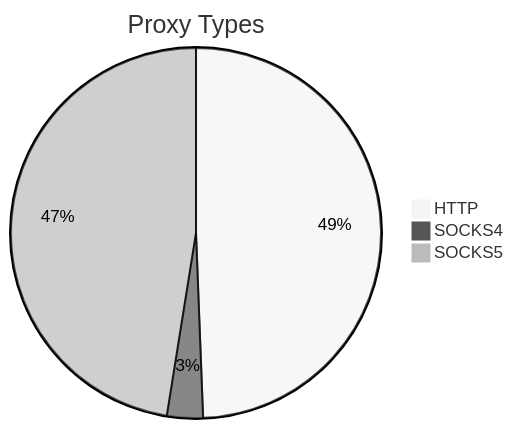
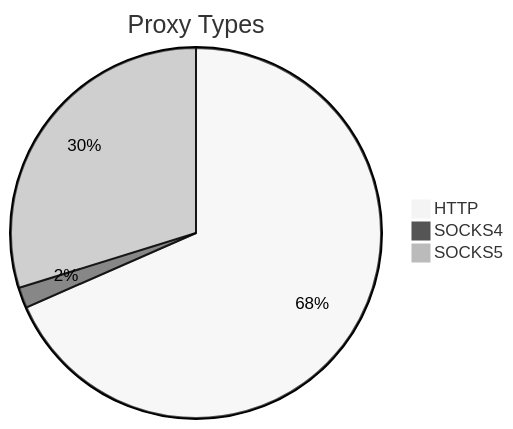
The first of 2 diagrams in README.md (stormsia/proxy-list), drawn with Mermaid (neutral theme) before and after one commit. The commit also changed other lines of this file, not shown here.

````diff
--- a/README.md
+++ b/README.md
@@ -21,6 +21,6 @@
 ```mermaid
 pie title Proxy Types
-    "HTTP" : 1575
-    "SOCKS4" : 100
-    "SOCKS5" : 1514
+    "HTTP" : 1144
+    "SOCKS4" : 30
+    "SOCKS5" : 498
 ```
````
